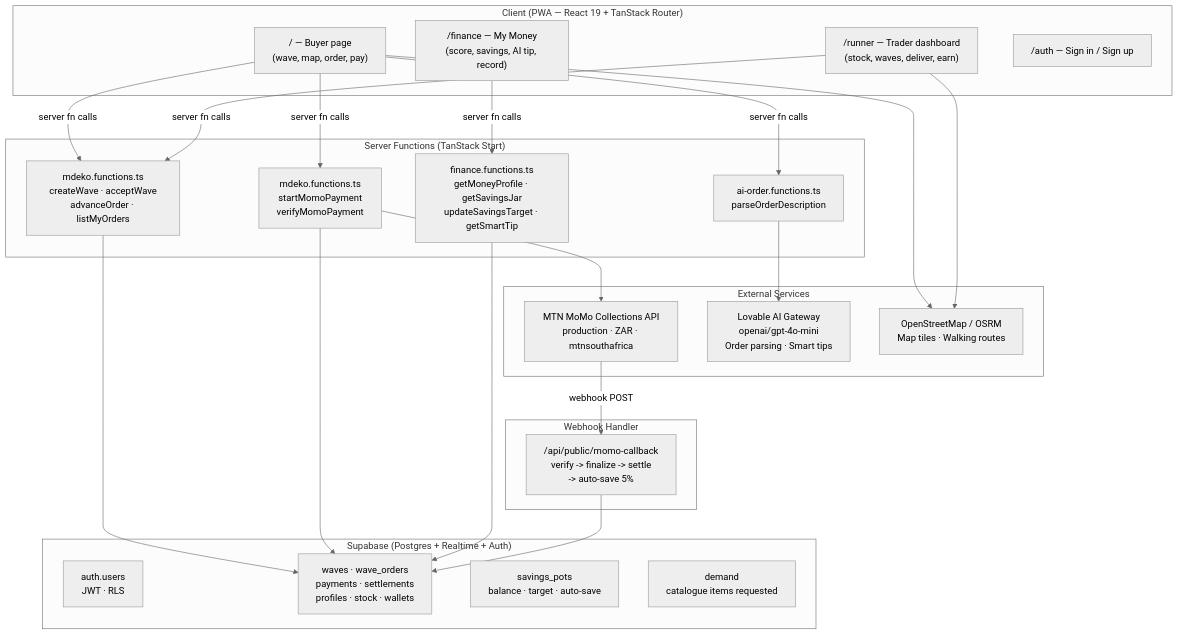
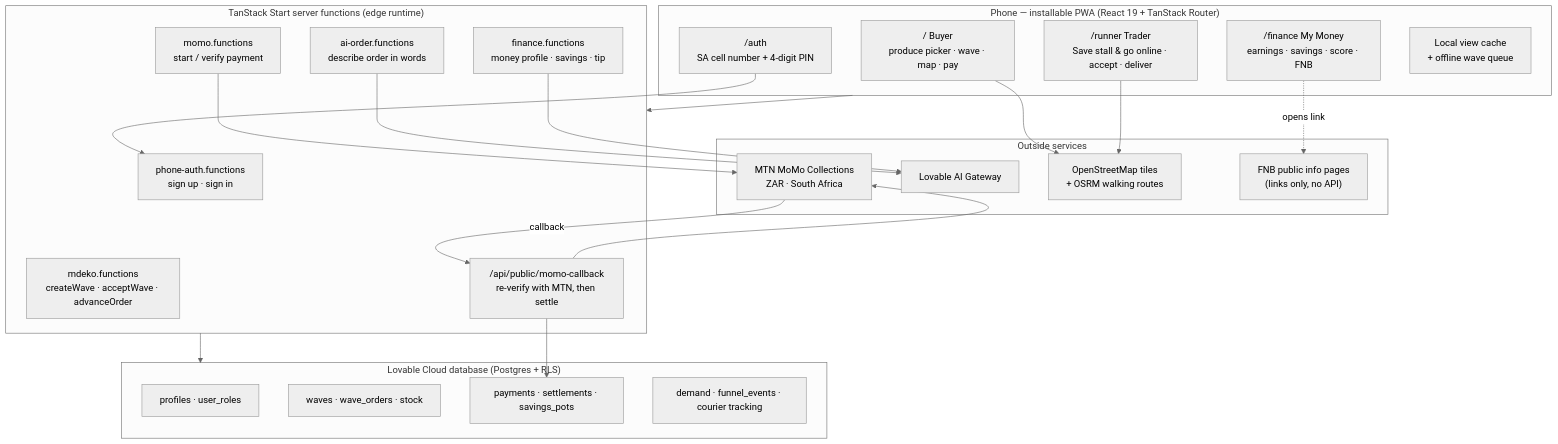
One commit to mpho0sekati/veggie-wave-delivery changed the first of 5 diagrams in README.md. Above: the diagram before and after it, drawn with Mermaid (neutral theme). The commit also changed other lines of this file, not shown here.

````diff
--- a/README.md
+++ b/README.md
@@ -23,51 +100,46 @@
 ```mermaid
 flowchart TB
-    subgraph Client["Client (PWA — React 19 + TanStack Router)"]
-        BuyerPage["/ — Buyer page\n(wave, map, order, pay)"]
-        TraderPage["/runner — Trader dashboard\n(stock, waves, deliver, earn)"]
-        FinancePage["/finance — My Money\n(score, savings, AI tip, record)"]
-        AuthPage["/auth — Sign in / Sign up"]
+    subgraph Phone["Phone — installable PWA (React 19 + TanStack Router)"]
+        Buyer["/ Buyer<br/>produce picker · wave · map · pay"]
+        Trader["/runner Trader<br/>Save stall & go online · accept · deliver"]
+        Money["/finance My Money<br/>earnings · savings · score · FNB"]
+        Auth["/auth<br/>SA cell number + 4-digit PIN"]
+        Cache["Local view cache<br/>+ offline wave queue"]
     end
 
-    subgraph ServerFns["Server Functions (TanStack Start)"]
-        WaveFns["mdeko.functions.ts\ncreateWave · acceptWave\nadvanceOrder · listMyOrders"]
-        PayFns["mdeko.functions.ts\nstartMomoPayment\nverifyMomoPayment"]
-        FinanceFns["finance.functions.ts\ngetMoneyProfile · getSavingsJar\nupdateSavingsTarget · getSmartTip"]
-        AIFns["ai-order.functions.ts\nparseOrderDescription"]
+    subgraph Edge["TanStack Start server functions (edge runtime)"]
+        PhoneAuth["phone-auth.functions<br/>sign up · sign in"]
+        Market["mdeko.functions<br/>createWave · acceptWave · advanceOrder"]
+        Pay["momo.functions<br/>start / verify payment"]
+        Fin["finance.functions<br/>money profile · savings · tip"]
+        AI["ai-order.functions<br/>describe order in words"]
+        Callback["/api/public/momo-callback<br/>re-verify with MTN, then settle"]
     end
 
-    subgraph External["External Services"]
-        MoMo["MTN MoMo Collections API\nproduction · ZAR · mtnsouthafrica"]
-        AIGateway["Lovable AI Gateway\nopenai/gpt-4o-mini\nOrder parsing · Smart tips"]
-        OSM["OpenStreetMap / OSRM\nMap tiles · Walking routes"]
+    subgraph Cloud["Lovable Cloud database (Postgres + RLS)"]
+        Roles["profiles · user_roles"]
+        Orders["waves · wave_orders · stock"]
+        Ledger["payments · settlements · savings_pots"]
+        Insight["demand · funnel_events · courier tracking"]
     end
 
-    subgraph DB["Supabase (Postgres + Realtime + Auth)"]
-        AuthDB["auth.users\nJWT · RLS"]
-        CoreTables["waves · wave_orders\npayments · settlements\nprofiles · stock · wallets"]
-        FinanceTable["savings_pots\nbalance · target · auto-save"]
-        DemandTable["demand\ncatalogue items requested"]
+    subgraph External["Outside services"]
+        MoMo["MTN MoMo Collections<br/>ZAR · South Africa"]
+        Gateway["Lovable AI Gateway"]
+        OSM["OpenStreetMap tiles<br/>+ OSRM walking routes"]
+        FNB["FNB public info pages<br/>(links only, no API)"]
     end
 
-    subgraph Webhook["Webhook Handler"]
-        MoMoCB["/api/public/momo-callback\nverify -> finalize -> settle\n-> auto-save 5%"]
-    end
-
-    BuyerPage -->|server fn calls| WaveFns
-    BuyerPage -->|server fn calls| PayFns
-    BuyerPage -->|server fn calls| AIFns
-    TraderPage -->|server fn calls| WaveFns
-    FinancePage -->|server fn calls| FinanceFns
-
-    WaveFns --> CoreTables
-    PayFns --> MoMo
-    PayFns --> CoreTables
-    FinanceFns --> CoreTables
-    AIFns --> AIGateway
-
-    MoMo -->|webhook POST| MoMoCB
-    MoMoCB --> CoreTables
-
-    BuyerPage --> OSM
-    TraderPage --> OSM
+    Phone --> Edge
+    Auth --> PhoneAuth
+    Edge --> Cloud
+    Pay --> MoMo
+    MoMo -- callback --> Callback
+    Callback --> MoMo
+    Callback --> Ledger
+    AI --> Gateway
+    Fin --> Gateway
+    Buyer --> OSM
+    Trader --> OSM
+    Money -. opens link .-> FNB
 ```
````
